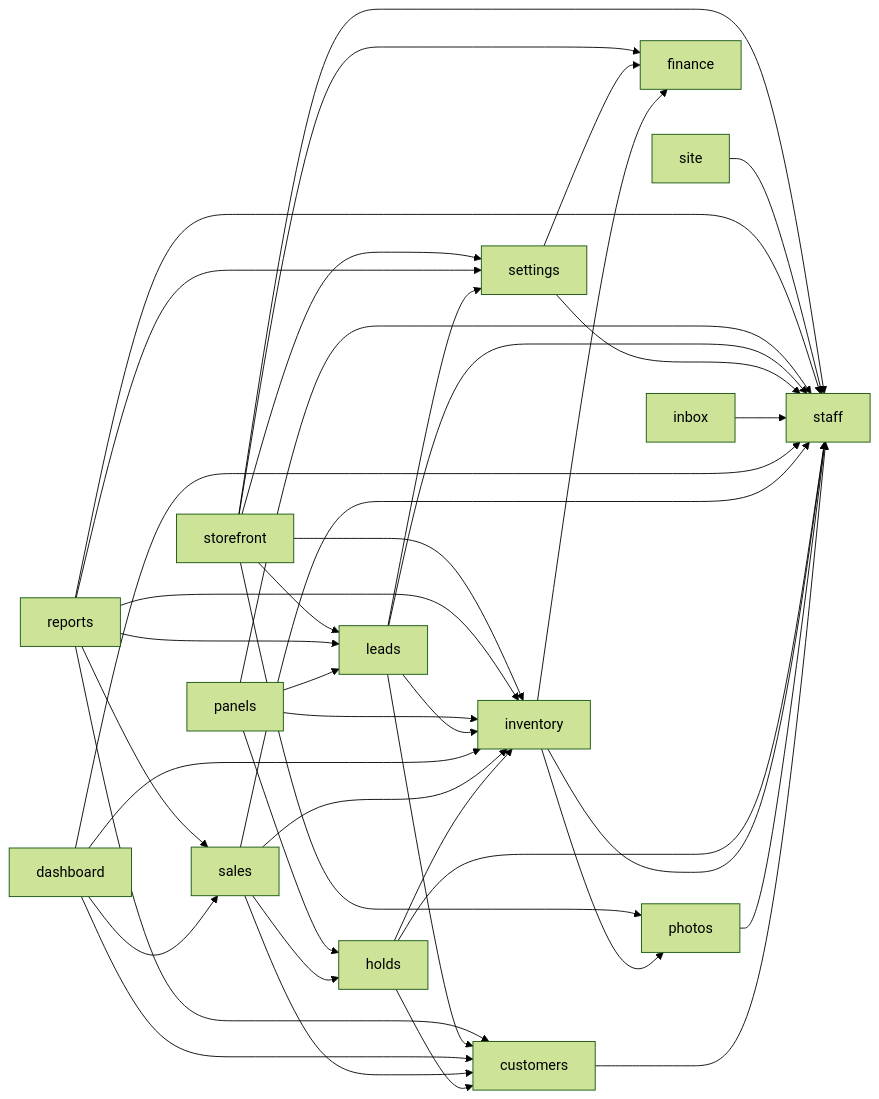
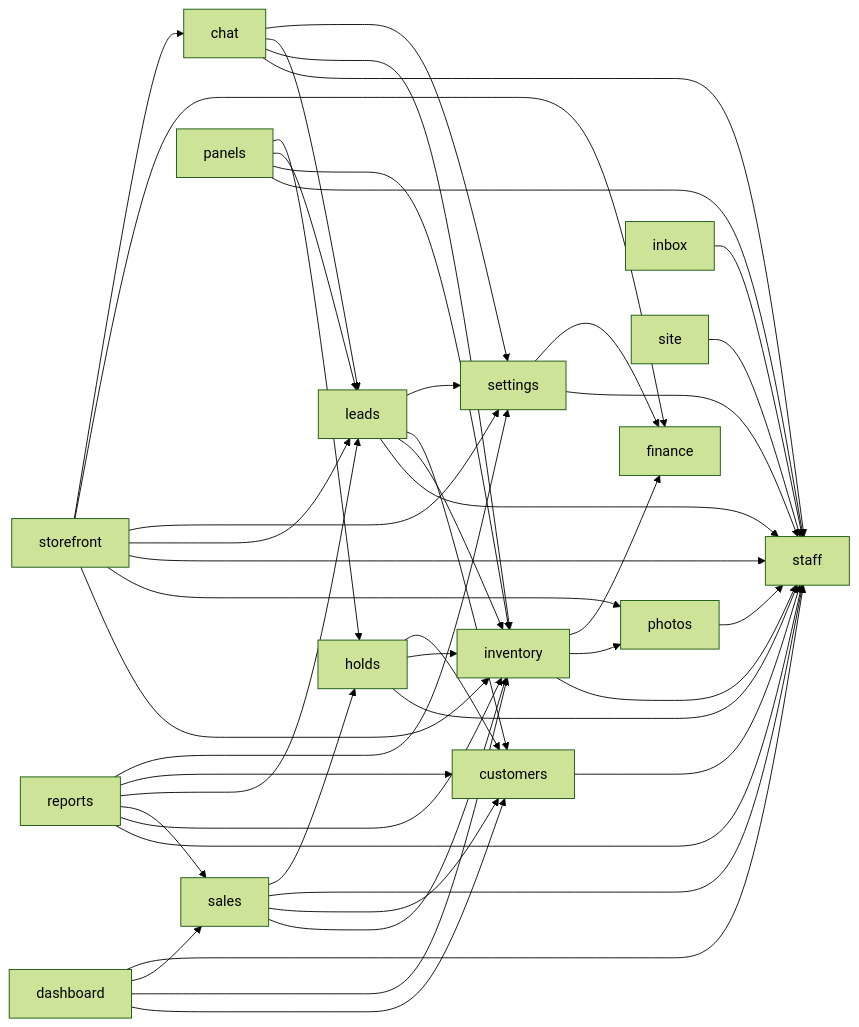
Before and after one commit to Ignibyte/aic-demo: the diagram in docs/wiki/README.md, drawn with Mermaid (forest theme). The commit also changed other lines of this file and 162 other files, not shown here.

````diff
--- a/docs/wiki/README.md
+++ b/docs/wiki/README.md
@@ -82,45 +83,50 @@
 ```mermaid
 graph LR
     staff
-    customers --> staff
     photos --> staff
     finance
     inventory --> staff
     inventory --> photos
     inventory --> finance
+    customers --> staff
+    settings --> staff
+    settings --> finance
+    leads --> staff
+    leads --> inventory
+    leads --> customers
+    leads --> settings
+    chat --> staff
+    chat --> inventory
+    chat --> leads
+    chat --> settings
     holds --> staff
     holds --> inventory
     holds --> customers
     sales --> inventory
     sales --> customers
     sales --> staff
     sales --> holds
     dashboard --> customers
     dashboard --> inventory
     dashboard --> sales
     dashboard --> staff
     inbox --> staff
-    settings --> staff
-    settings --> finance
-    leads --> staff
-    leads --> inventory
-    leads --> customers
-    leads --> settings
     panels --> staff
     panels --> inventory
     panels --> leads
     panels --> holds
     reports --> staff
     reports --> inventory
     reports --> sales
     reports --> leads
     reports --> customers
     reports --> settings
     site --> staff
     storefront --> inventory
     storefront --> photos
     storefront --> staff
     storefront --> leads
     storefront --> settings
     storefront --> finance
+    storefront --> chat
 ```
````
